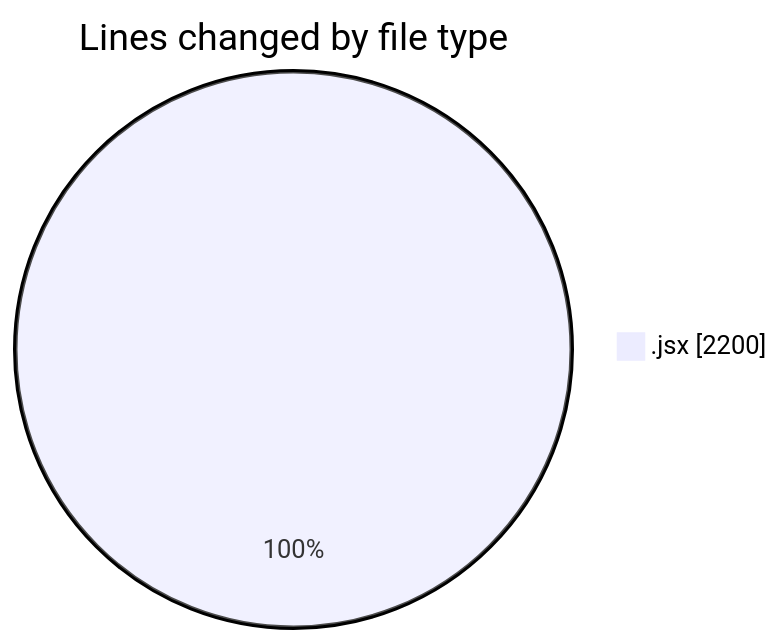
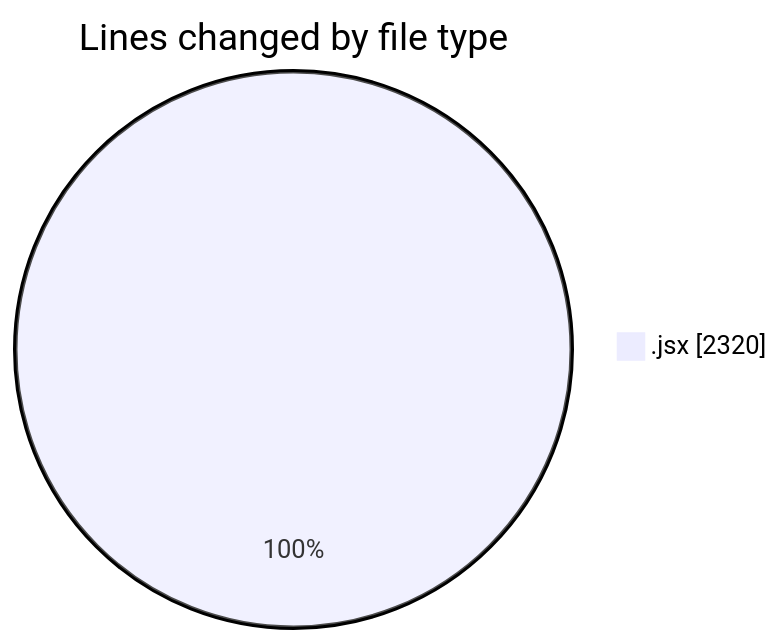
Before and after one commit to nxtqubesakshisongat/code-tracking: the first of 2 diagrams in 2025-05-13/argos-dev/README.md, drawn with Mermaid. The commit also changed other lines of this file and 1 other file, not shown here.

````diff
--- a/2025-05-13/argos-dev/README.md
+++ b/2025-05-13/argos-dev/README.md
@@ -23,5 +23,5 @@
 ```mermaid
 pie showData
 title Lines changed by file type
-".jsx" : 2200
+".jsx" : 2320
 ```
````
